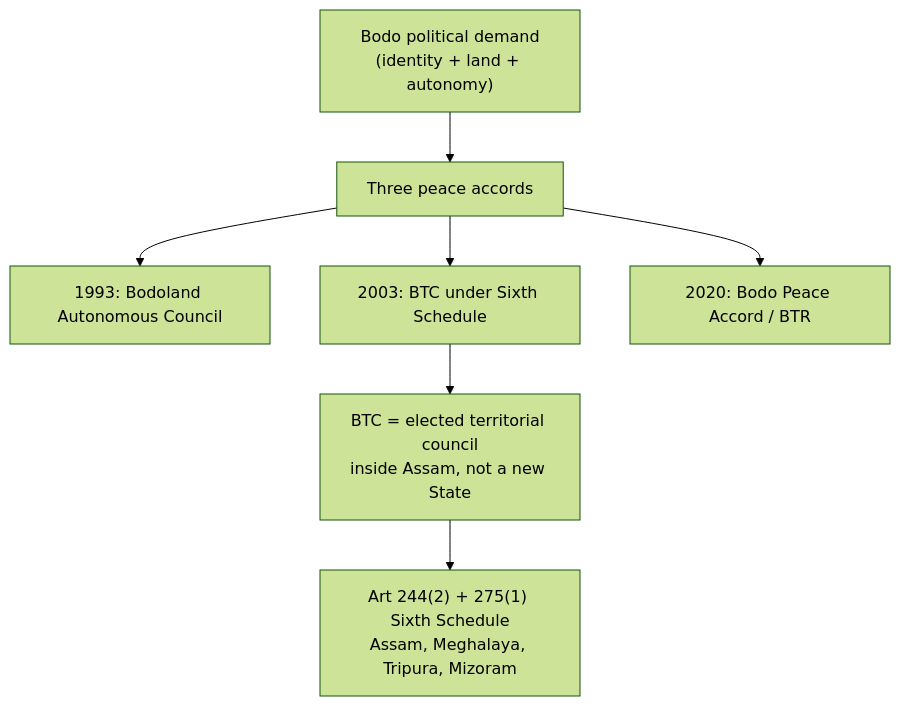
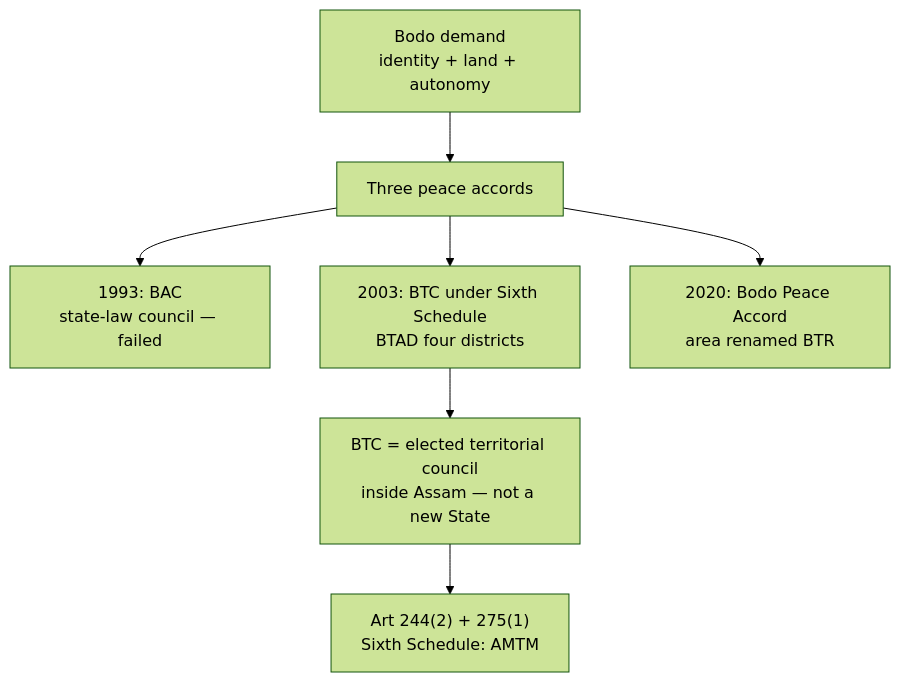
The first of 2 diagrams in Current_Affairs/August_2026/2026-08-28_Current_Affairs.md (niteeshkumar17/vr_notes), drawn with Mermaid (forest theme) before and after one commit. The commit also changed other lines of this file and 1 other file, not shown here.

Commit message:
Rewrite 28 Aug CA Topic 1 as Bodoland Sixth Schedule architecture, drop the death.

````diff
--- a/Current_Affairs/August_2026/2026-08-28_Current_Affairs.md
+++ b/Current_Affairs/August_2026/2026-08-28_Current_Affairs.md
@@ -25,9 +25,9 @@
 ```mermaid
 flowchart TD
-    A["Bodo political demand<br/>(identity + land + autonomy)"] --> B["Three peace accords"]
-    B --> B1["1993: Bodoland Autonomous Council"]
-    B --> B2["2003: BTC under Sixth Schedule"]
-    B --> B3["2020: Bodo Peace Accord / BTR"]
-    B2 --> C["BTC = elected territorial council<br/>inside Assam, not a new State"]
-    C --> D["Art 244(2) + 275(1) Sixth Schedule<br/>Assam, Meghalaya, Tripura, Mizoram"]
+    A["Bodo demand<br/>identity + land + autonomy"] --> B["Three peace accords"]
+    B --> B1["1993: BAC<br/>state-law council — failed"]
+    B --> B2["2003: BTC under Sixth Schedule<br/>BTAD four districts"]
+    B --> B3["2020: Bodo Peace Accord<br/>area renamed BTR"]
+    B2 --> C["BTC = elected territorial council<br/>inside Assam — not a new State"]
+    C --> D["Art 244(2) + 275(1)<br/>Sixth Schedule: AMTM"]
 ```
````
